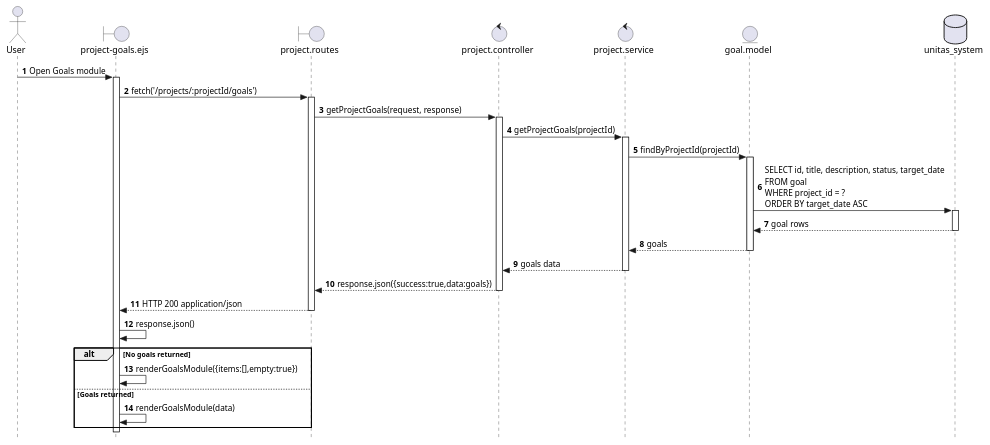
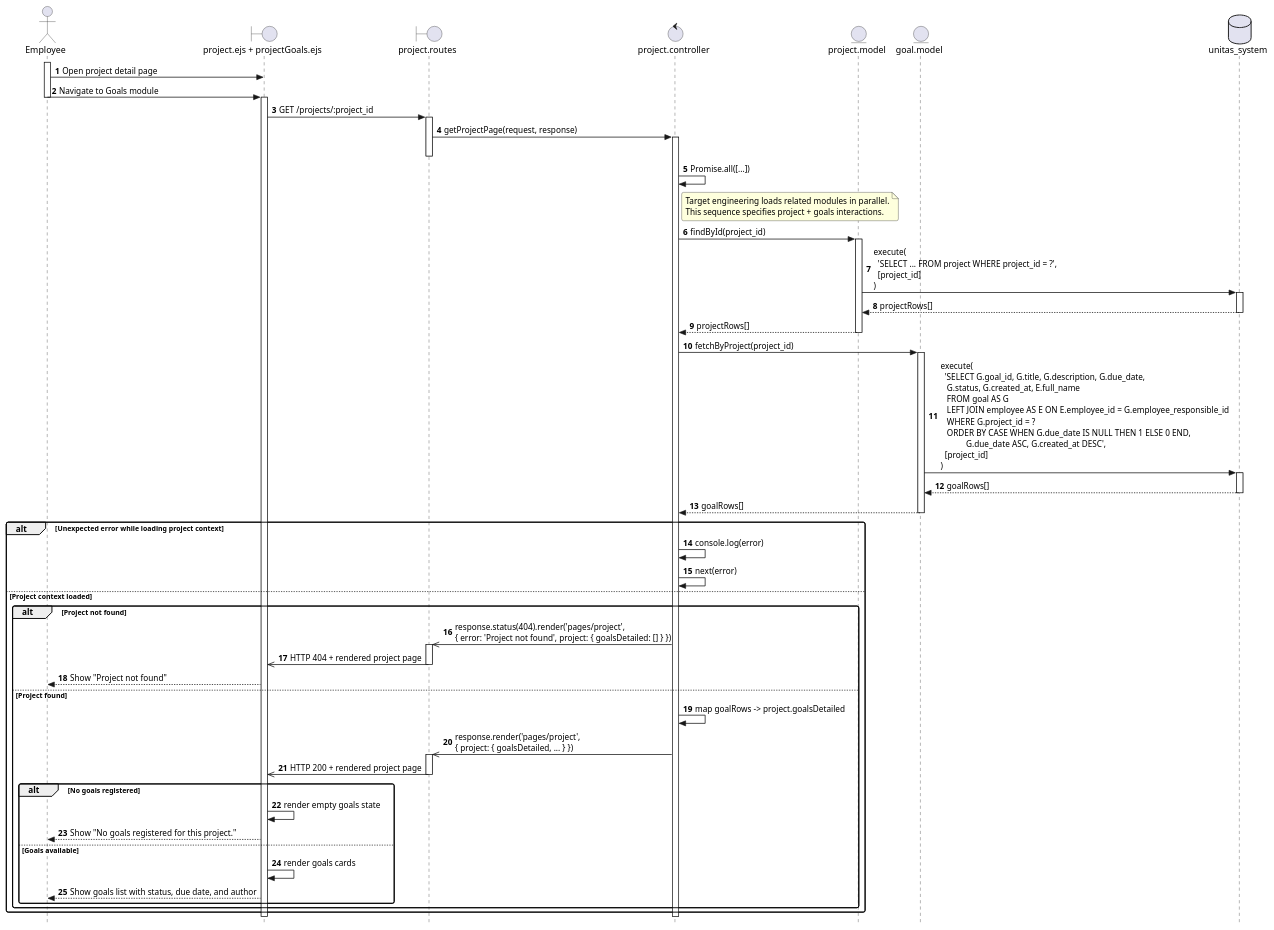
One commit to Berthou05/LimboSoftwareDevelopment_Change.org changed the diagram in documentation/sequence_diagrams/PROJ-08-SD.puml. Above: the diagram before and after it, drawn with PlantUML.

Commit message:
[FIX] corrected PROJ-08

```diff
--- a/documentation/sequence_diagrams/PROJ-08-SD.puml
+++ b/documentation/sequence_diagrams/PROJ-08-SD.puml
@@ -1,44 +1,81 @@
 @startuml
 skinparam style strictuml
+skinparam sequenceArrowThickness 1.2
+skinparam roundcorner 6
 autonumber
 
-actor "User" as U
-boundary "project-goals.ejs" as V
-boundary "project.routes" as RO
-control "project.controller" as C
-control "project.service" as SV
-entity "goal.model" as X
-database "unitas_system" as DB
+actor    "Employee"                                      as User
+boundary "project.ejs + projectGoals.ejs"                as GoalsView
+boundary "project.routes"                                as Routes
+control  "project.controller"                            as Controller
+entity   "project.model"                                 as ProjectModel
+entity   "goal.model"                                    as GoalModel
+database "unitas_system"                                 as DB
 
-U -> V: Open Goals module
-activate V
-V -> RO: fetch('/projects/:projectId/goals')
-activate RO
-RO -> C: getProjectGoals(request, response)
-activate C
-C -> SV: getProjectGoals(projectId)
-activate SV
-SV -> X: findByProjectId(projectId)
-activate X
-X -> DB: SELECT id, title, description, status, target_date\nFROM goal\nWHERE project_id = ?\nORDER BY target_date ASC
+activate User
+User -> GoalsView : Open project detail page
+User -> GoalsView : Navigate to Goals module
+deactivate User
+activate GoalsView
+
+GoalsView -> Routes : GET /projects/:project_id
+activate Routes
+Routes -> Controller : getProjectPage(request, response)
+activate Controller
+deactivate Routes
+
+Controller -> Controller : Promise.all([...])
+note right of Controller
+  Target engineering loads related modules in parallel.
+  This sequence specifies project + goals interactions.
+end note
+
+Controller -> ProjectModel : findById(project_id)
+activate ProjectModel
+ProjectModel -> DB : execute(\n  'SELECT ... FROM project WHERE project_id = ?',\n  [project_id]\n)
 activate DB
-DB --> X: goal rows
+DB --> ProjectModel : projectRows[]
 deactivate DB
-X --> SV: goals
-deactivate X
-SV --> C: goals data
-deactivate SV
-C --> RO: response.json({success:true,data:goals})
-deactivate C
-RO --> V: HTTP 200 application/json
-deactivate RO
-V -> V: response.json()
+ProjectModel --> Controller : projectRows[]
+deactivate ProjectModel
 
-alt No goals returned
-V -> V: renderGoalsModule({items:[],empty:true})
-else Goals returned
-V -> V: renderGoalsModule(data)
+Controller -> GoalModel : fetchByProject(project_id)
+activate GoalModel
+GoalModel -> DB : execute(\n  'SELECT G.goal_id, G.title, G.description, G.due_date,\n   G.status, G.created_at, E.full_name\n   FROM goal AS G\n   LEFT JOIN employee AS E ON E.employee_id = G.employee_responsible_id\n   WHERE G.project_id = ?\n   ORDER BY CASE WHEN G.due_date IS NULL THEN 1 ELSE 0 END,\n            G.due_date ASC, G.created_at DESC',\n  [project_id]\n)
+activate DB
+DB --> GoalModel : goalRows[]
+deactivate DB
+GoalModel --> Controller : goalRows[]
+deactivate GoalModel
+
+alt Unexpected error while loading project context
+    Controller -> Controller : console.log(error)
+    Controller -> Controller : next(error)
+else Project context loaded
+    alt Project not found
+        Controller ->> Routes : response.status(404).render('pages/project',\n{ error: 'Project not found', project: { goalsDetailed: [] } })
+        activate Routes
+        Routes ->> GoalsView : HTTP 404 + rendered project page
+        deactivate Routes
+        GoalsView --> User : Show "Project not found"
+    else Project found
+        Controller -> Controller : map goalRows -> project.goalsDetailed
+        Controller ->> Routes : response.render('pages/project',\n{ project: { goalsDetailed, ... } })
+        activate Routes
+        Routes ->> GoalsView : HTTP 200 + rendered project page
+        deactivate Routes
+
+        alt No goals registered
+            GoalsView -> GoalsView : render empty goals state
+            GoalsView --> User : Show "No goals registered for this project."
+        else Goals available
+            GoalsView -> GoalsView : render goals cards
+            GoalsView --> User : Show goals list with status, due date, and author
+        end
+    end
 end
-deactivate V
+
+deactivate Controller
+deactivate GoalsView
 
 @enduml
```
